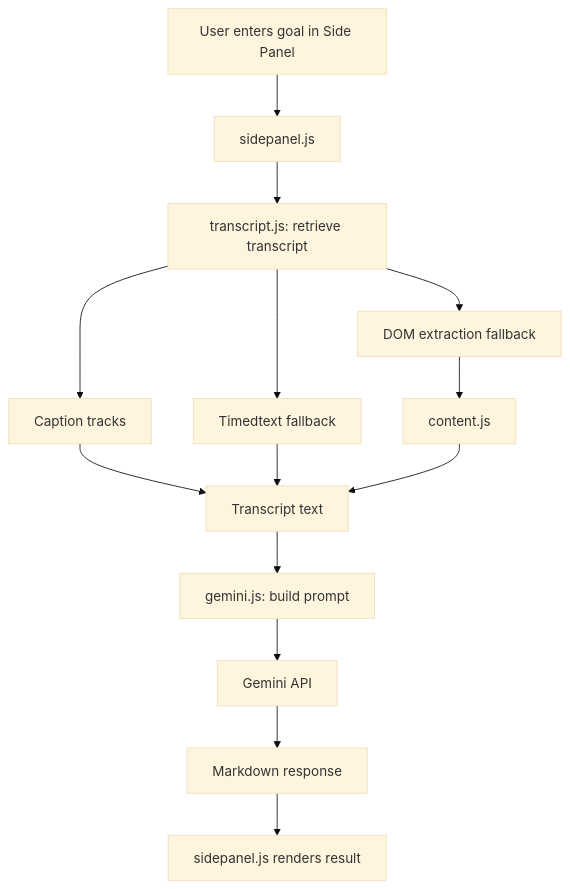
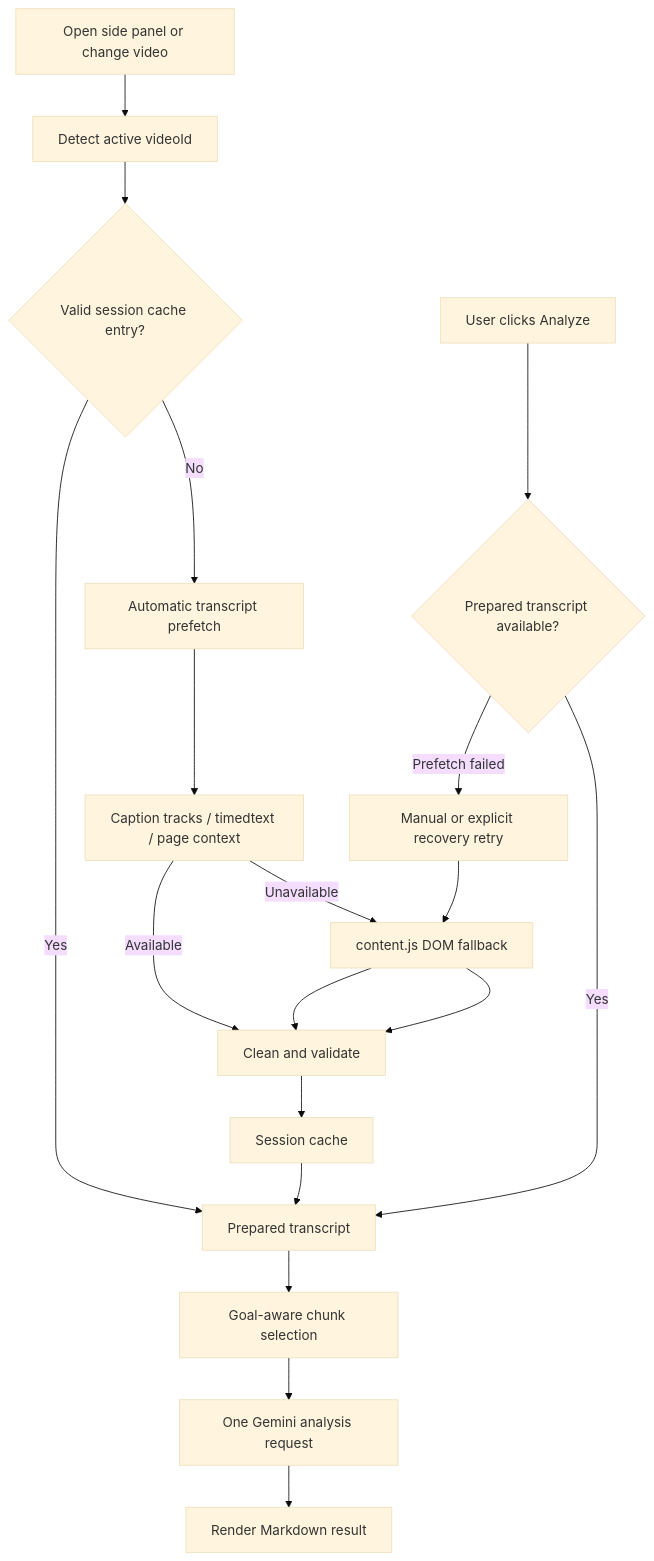
One commit to Evanthel/smartwatch-youtube-analyzer changed the diagram in docs/TECHNICAL.md. Above: the diagram before and after it, drawn with Mermaid (base theme). The commit also changed other lines of this file and 24 other files, not shown here.

````diff
--- a/docs/TECHNICAL.md
+++ b/docs/TECHNICAL.md
@@ -30,25 +37,24 @@
 ```mermaid
 flowchart TD
 
-A[User enters goal in Side Panel] --> B[sidepanel.js]
-
-B --> C[transcript.js: retrieve transcript]
-
-C --> D[Caption tracks]
-C --> E[Timedtext fallback]
-C --> F[DOM extraction fallback]
-
-F --> G[content.js]
-
-D --> H[Transcript text]
-E --> H
+A[Open side panel or change video] --> B[Detect active videoId]
+B --> C{Valid session cache entry?}
+C -->|Yes| H[Prepared transcript]
+C -->|No| D[Automatic transcript prefetch]
+D --> E[Caption tracks / timedtext / page context]
+E -->|Unavailable| L[content.js DOM fallback]
+E -->|Available| F[Clean and validate]
+L --> F
+F --> G[Session cache]
 G --> H
 
-H --> I[gemini.js: build prompt]
+I[User clicks Analyze] --> J{Prepared transcript available?}
+J -->|Yes| H
+J -->|Prefetch failed| K[Manual or explicit recovery retry]
+K --> L[content.js DOM fallback]
+L --> F
 
-I --> J[Gemini API]
-
-J --> K[Markdown response]
-
-K --> L[sidepanel.js renders result]
+H --> M[Goal-aware chunk selection]
+M --> N[One Gemini analysis request]
+N --> O[Render Markdown result]
 ```
````
